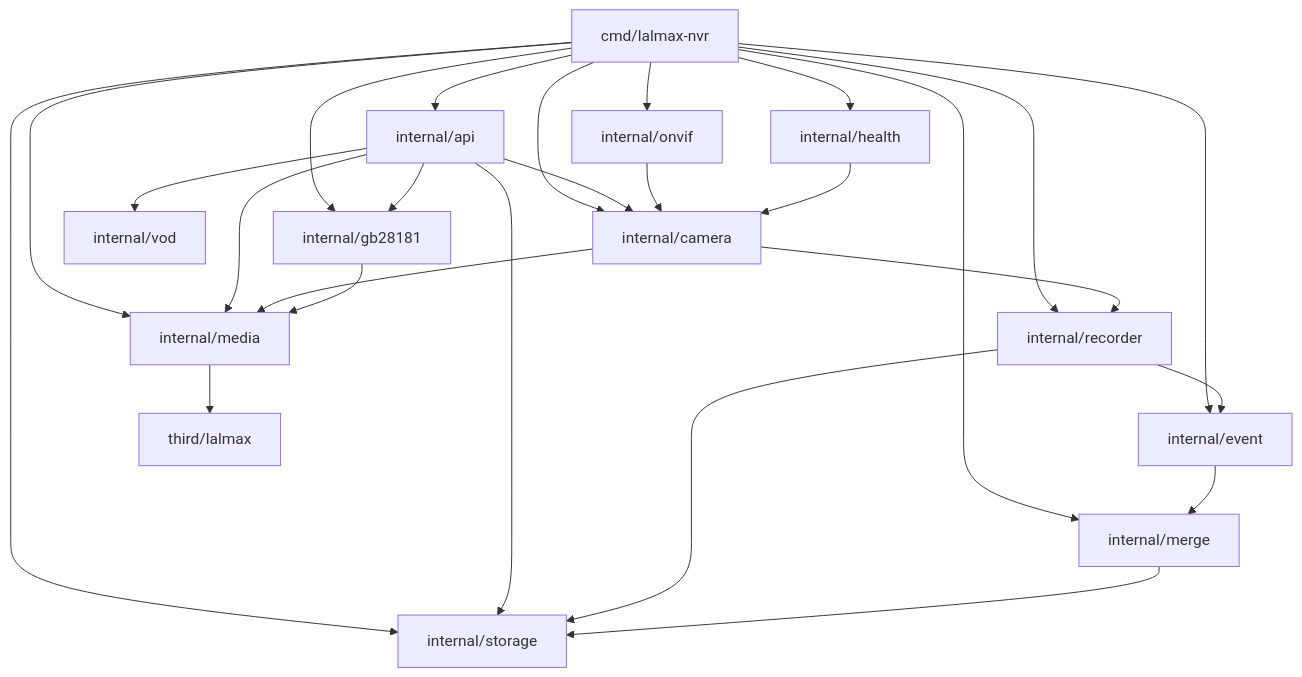
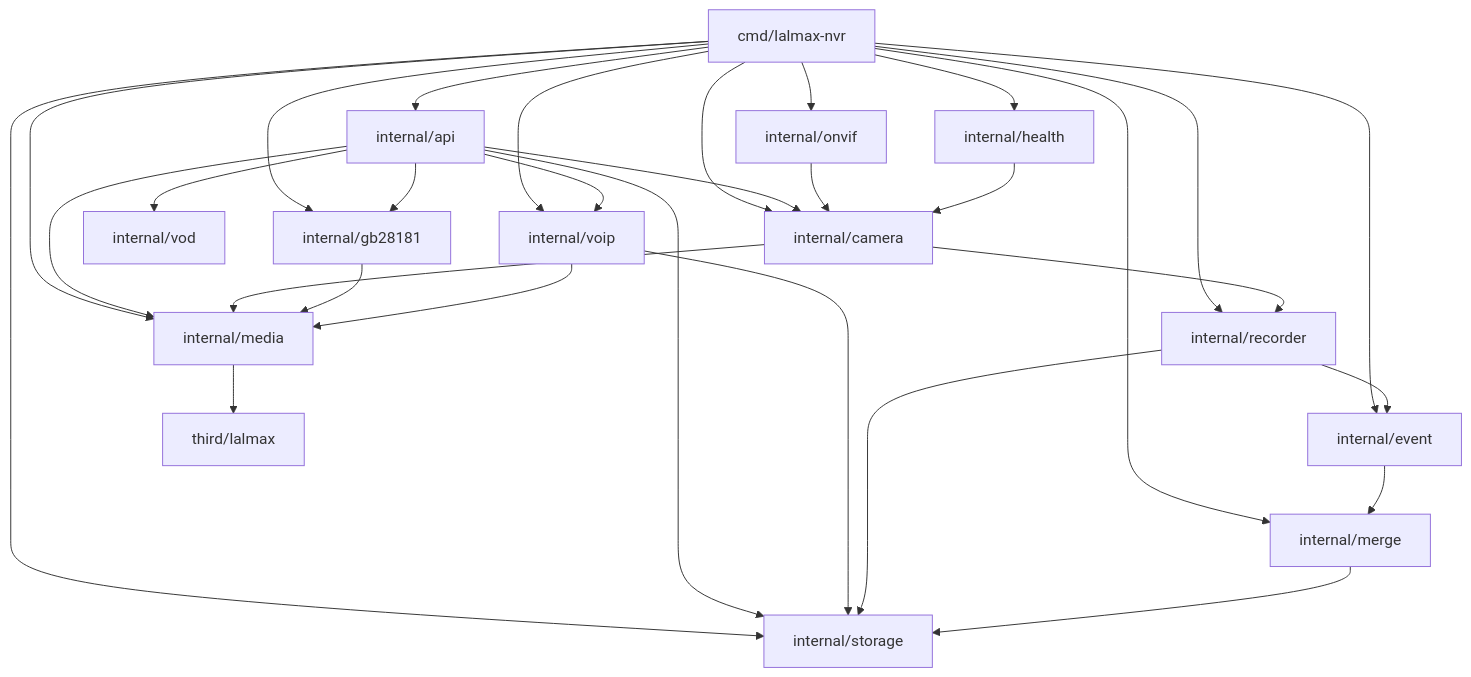
Before and after one commit to lalmax-pro/lalmax-nvr: the sixth of 7 diagrams in docs/zh/architecture.md, drawn with Mermaid. The commit also changed other lines of this file and 1 other file, not shown here.

Commit message:
docs: show VoIP paths in architecture diagrams

````diff
--- a/docs/zh/architecture.md
+++ b/docs/zh/architecture.md
@@ -177,28 +199,32 @@
 ```mermaid
 flowchart TB
   Main[cmd/lalmax-nvr] --> API[internal/api]
   Main --> Cam[internal/camera]
   Main --> Media[internal/media]
   Main --> Rec[internal/recorder]
   Main --> Merge[internal/merge]
   Main --> Health[internal/health]
   Main --> Store[internal/storage]
   Main --> Bus[internal/event]
   Main --> GB[internal/gb28181]
+  Main --> VoIP[internal/voip]
   Main --> ONVIF[internal/onvif]
   API --> Cam
   API --> Media
   API --> Store
   API --> VOD[internal/vod]
   API --> GB
+  API --> VoIP
   Cam --> Media
   Cam --> Rec
   GB --> Media
+  VoIP --> Media
+  VoIP --> Store
   ONVIF --> Cam
   Rec --> Store
   Rec --> Bus
   Bus --> Merge
   Merge --> Store
   Health --> Cam
   Media --> Lalmax[third/lalmax]
 ```
````
